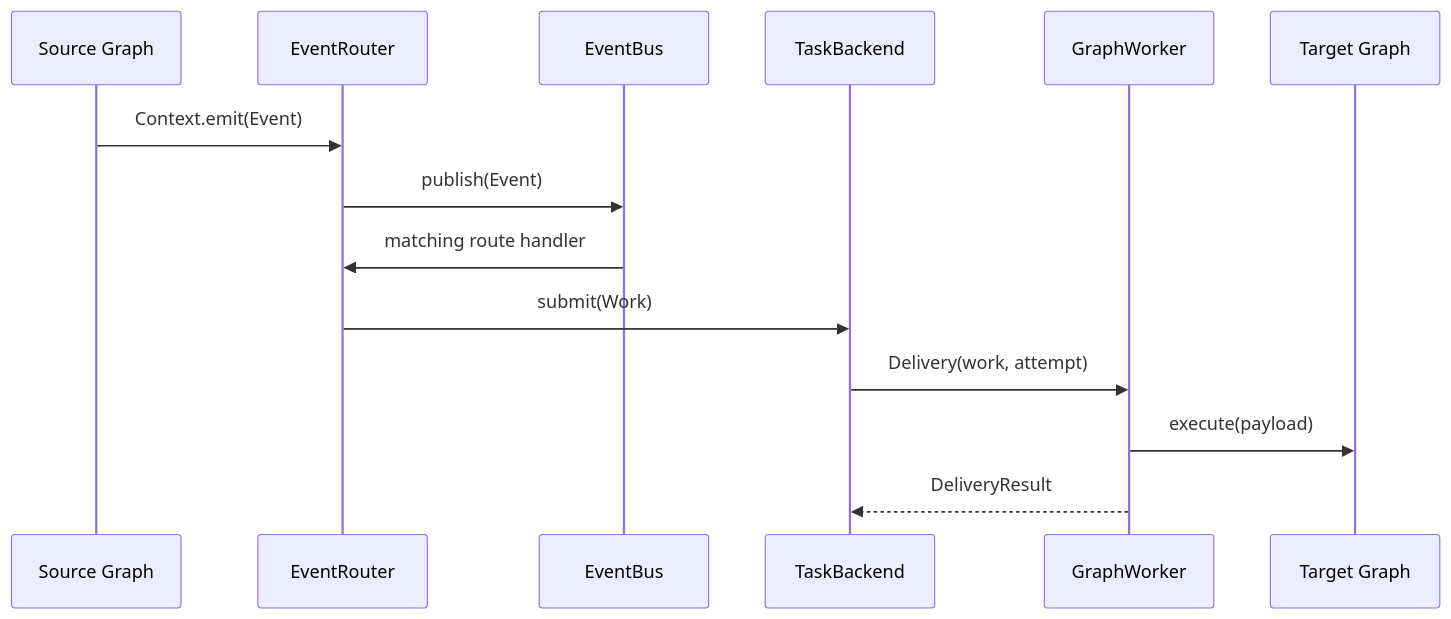
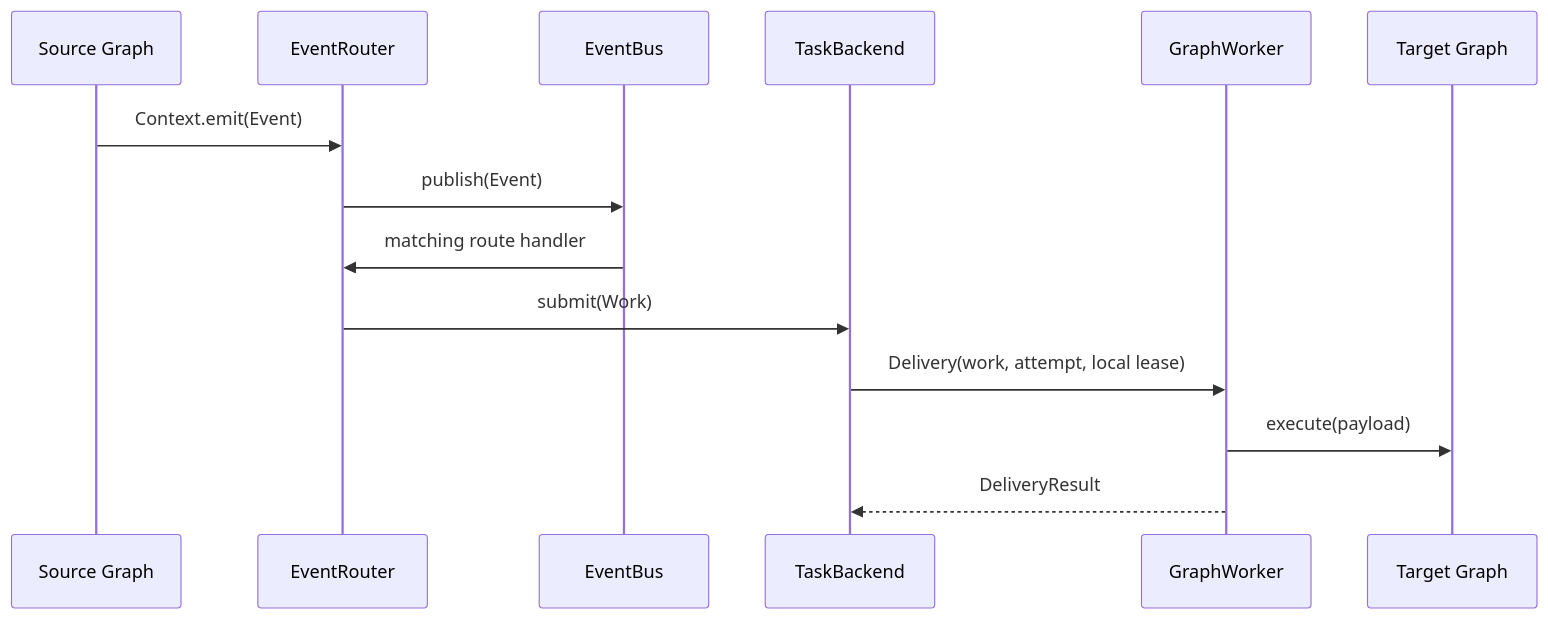
Before and after one commit to KKKKKKKEM/interlace: the fourth of 5 diagrams in docs/06-runtime-architecture.md, drawn with Mermaid. The commit also changed other lines of this file and 15 other files, not shown here.

````diff
--- a/docs/06-runtime-architecture.md
+++ b/docs/06-runtime-architecture.md
@@ -124,17 +125,17 @@
 ```mermaid
 sequenceDiagram
     participant Source as Source Graph
     participant Router as EventRouter
     participant Bus as EventBus
     participant Tasks as TaskBackend
     participant Worker as GraphWorker
     participant Target as Target Graph
 
     Source->>Router: Context.emit(Event)
     Router->>Bus: publish(Event)
     Bus->>Router: matching route handler
     Router->>Tasks: submit(Work)
-    Tasks->>Worker: Delivery(work, attempt)
+    Tasks->>Worker: Delivery(work, attempt, local lease)
     Worker->>Target: execute(payload)
     Worker-->>Tasks: DeliveryResult
 ```
````
